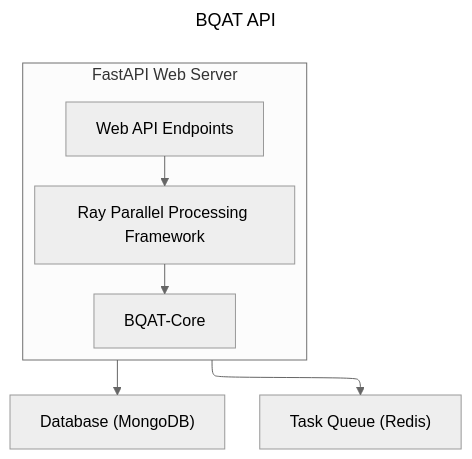
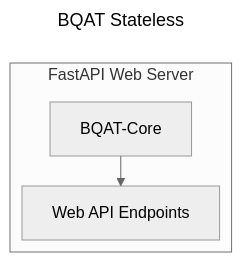
The ninth of 11 diagrams in index/framework.md (Biometix/biometix.github.io), drawn with Mermaid before and after one commit. The commit also changed other lines of this file and 2 other files, not shown here.

````diff
--- a/index/framework.md
+++ b/index/framework.md
@@ -213,16 +213,12 @@
 ``` mermaid
 ---
-title: BQAT API
+title: BQAT Stateless
 config:
   theme: neutral
   layout: elk
 ---
 flowchart TD
   subgraph s1["FastAPI Web Server"]
-    n0["Web API Endpoints"] --> n1["Ray Parallel Processing Framework"]
-    n1 --> n2["BQAT-Core"]
+    n0["BQAT-Core"] --> n1["Web API Endpoints"]
   end
-  s1 --> n3["Database (MongoDB)"]
-  s1 --> n4["Task Queue (Redis)"]
-
 ```
````
